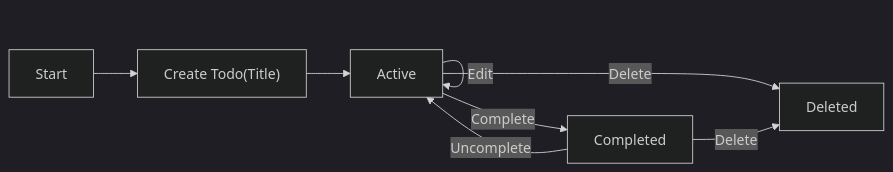
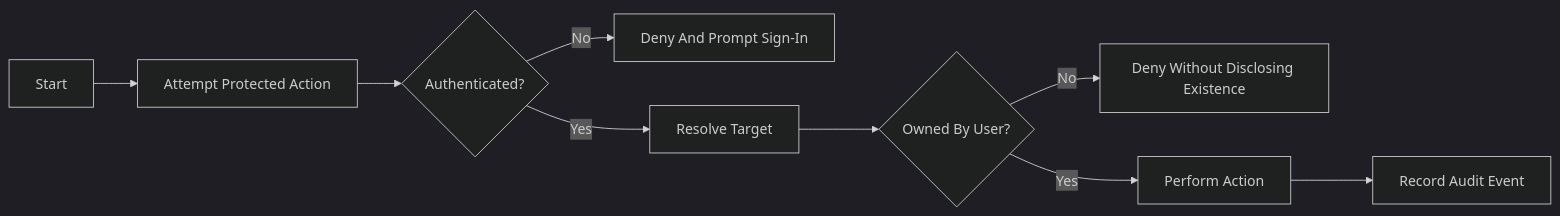
One commit to wrtnlabs/autobe-examples changed the first of 2 diagrams in openai/gpt-5/todo/docs/analysis/07-error-handling-and-recovery.md. Above: the diagram before and after it, drawn with Mermaid (dark theme). The commit also changed other lines of this file and 16146 other files, not shown here.

````diff
--- a/openai/gpt-5/todo/docs/analysis/07-error-handling-and-recovery.md
+++ b/openai/gpt-5/todo/docs/analysis/07-error-handling-and-recovery.md
@@ -136,10 +141,11 @@
 ```mermaid
 graph LR
-  A["Start"] --> B["Create Todo(Title)"]
-  B --> C["Active"]
-  C -->|"Edit"| C
-  C -->|"Complete"| D["Completed"]
-  D -->|"Uncomplete"| C
-  C -->|"Delete"| E["Deleted"]
-  D -->|"Delete"| E
+  A["Start"] --> B["Attempt Protected Action"]
+  B --> C{"Authenticated?"}
+  C -->|"No"| D["Deny And Prompt Sign-In"]
+  C -->|"Yes"| E["Resolve Target"]
+  E --> F{"Owned By User?"}
+  F -->|"No"| G["Deny Without Disclosing Existence"]
+  F -->|"Yes"| H["Perform Action"]
+  H --> I["Record Audit Event"]
 ```
````
